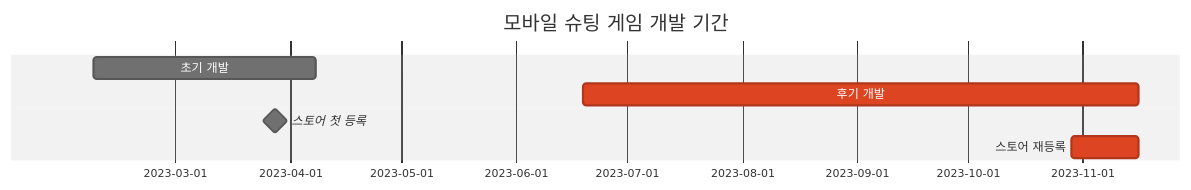
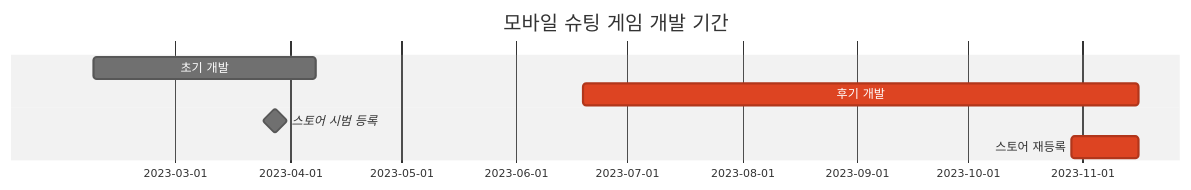
One commit to hyngng/hynrng.github.io changed the first of 2 diagrams in _posts/ko-KR/프로그래밍/마일스톤/2023-12-24-palette-developing.md. Above: the diagram before and after it, drawn with Mermaid (neutral theme). The commit also changed other lines of this file and 7 other files, not shown here.

````diff
--- a/_posts/ko-KR/프로그래밍/마일스톤/2023-12-24-palette-developing.md
+++ b/_posts/ko-KR/프로그래밍/마일스톤/2023-12-24-palette-developing.md
@@ -29,8 +29,8 @@
 ```mermaid
 gantt
     title 모바일 슈팅 게임 개발 기간
     초기 개발: a1, 2023-02-07, 60d
     후기 개발: crit, 2023-06-19, 150d
-    스토어 첫 등록: milestone, 2023-03-28, 0d
+    스토어 시범 등록: milestone, 2023-03-28, 0d
     스토어 재등록: crit, 2023-10-29, 18d
 ```
````
